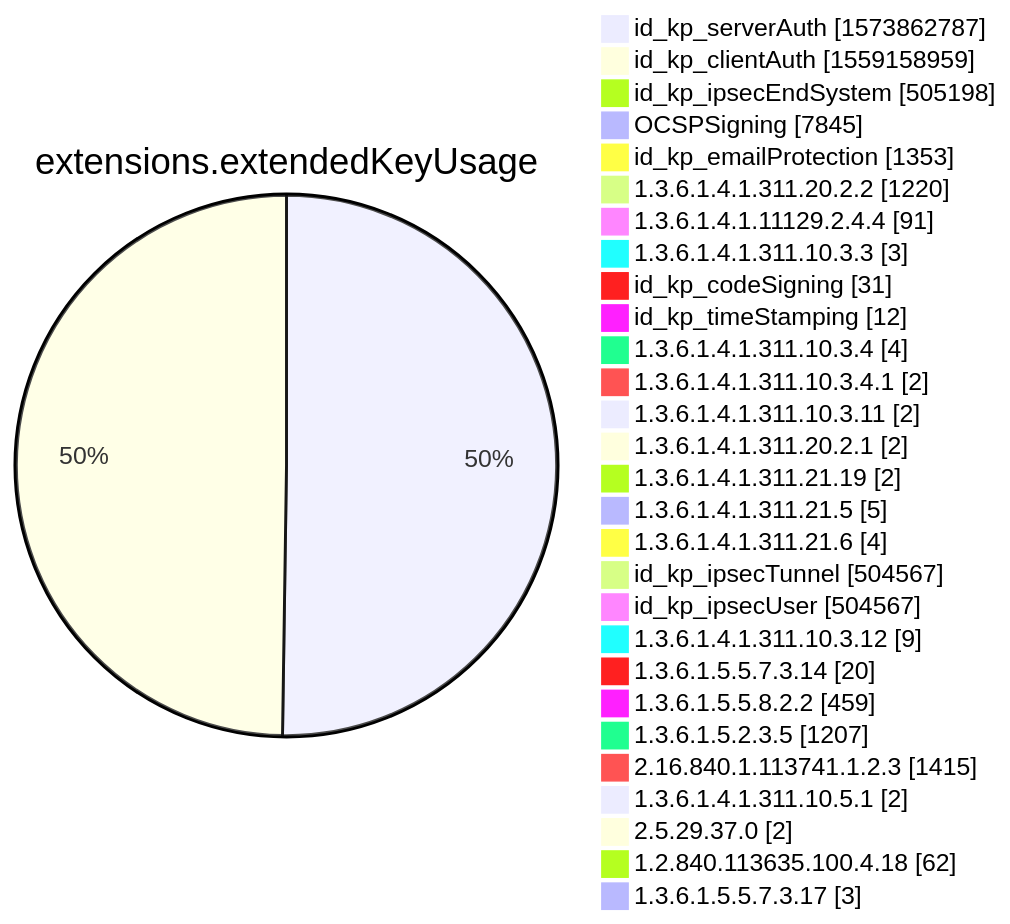
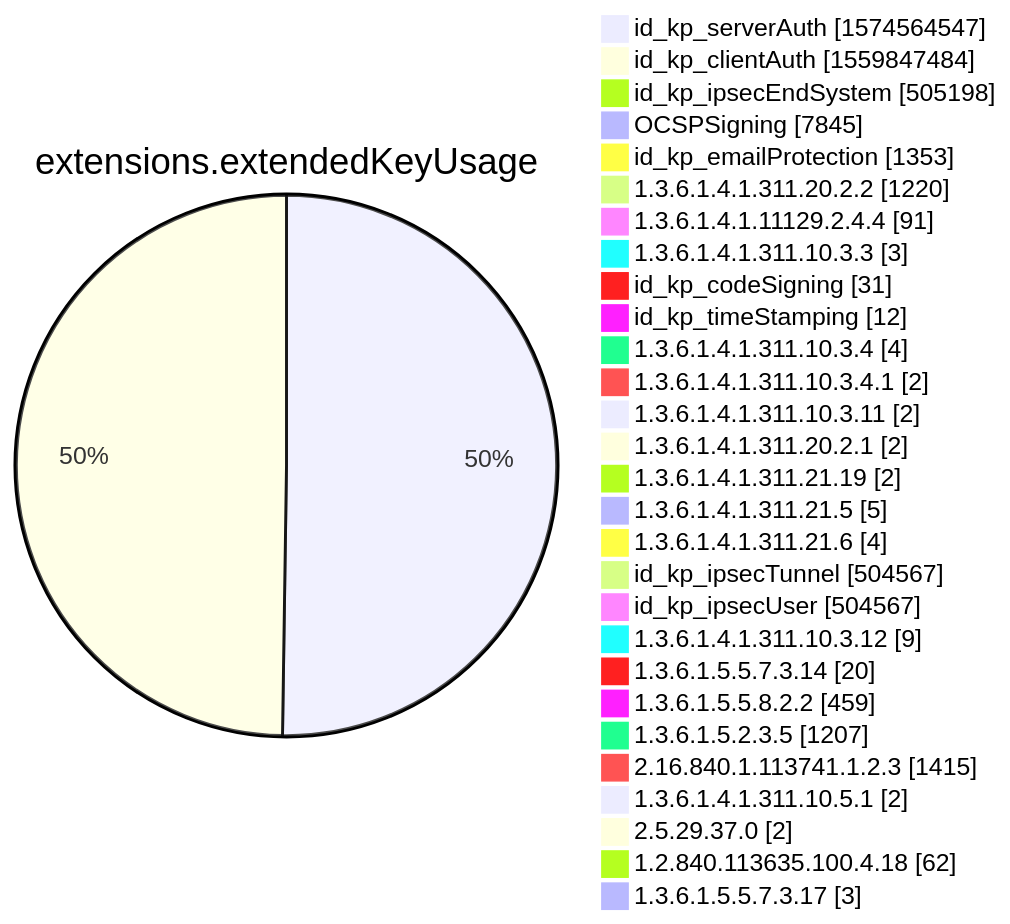
One commit to christiankrug/ctmonitor_visualization changed diagram 12 of 15 in xenon2022/README.md. Above: the diagram before and after it, drawn with Mermaid. The commit also changed other lines of this file, not shown here.

````diff
--- a/xenon2022/README.md
+++ b/xenon2022/README.md
@@ -3883,32 +3884,32 @@
 ```mermaid
 pie showData
 title extensions.extendedKeyUsage
-"id_kp_serverAuth" :1573862787
-"id_kp_clientAuth" :1559158959
+"id_kp_serverAuth" :1574564547
+"id_kp_clientAuth" :1559847484
 "id_kp_ipsecEndSystem" :505198
 "OCSPSigning" :7845
 "id_kp_emailProtection" :1353
 "1.3.6.1.4.1.311.20.2.2" :1220
 "1.3.6.1.4.1.11129.2.4.4" :91
 "1.3.6.1.4.1.311.10.3.3" :3
 "id_kp_codeSigning" :31
 "id_kp_timeStamping" :12
 "1.3.6.1.4.1.311.10.3.4" :4
 "1.3.6.1.4.1.311.10.3.4.1" :2
 "1.3.6.1.4.1.311.10.3.11" :2
 "1.3.6.1.4.1.311.20.2.1" :2
 "1.3.6.1.4.1.311.21.19" :2
 "1.3.6.1.4.1.311.21.5" :5
 "1.3.6.1.4.1.311.21.6" :4
 "id_kp_ipsecTunnel" :504567
 "id_kp_ipsecUser" :504567
 "1.3.6.1.4.1.311.10.3.12" :9
 "1.3.6.1.5.5.7.3.14" :20
 "1.3.6.1.5.5.8.2.2" :459
 "1.3.6.1.5.2.3.5" :1207
 "2.16.840.1.113741.1.2.3" :1415
 "1.3.6.1.4.1.311.10.5.1" :2
 "2.5.29.37.0" :2
 "1.2.840.113635.100.4.18" :62
 "1.3.6.1.5.5.7.3.17" :3
 ```
````
